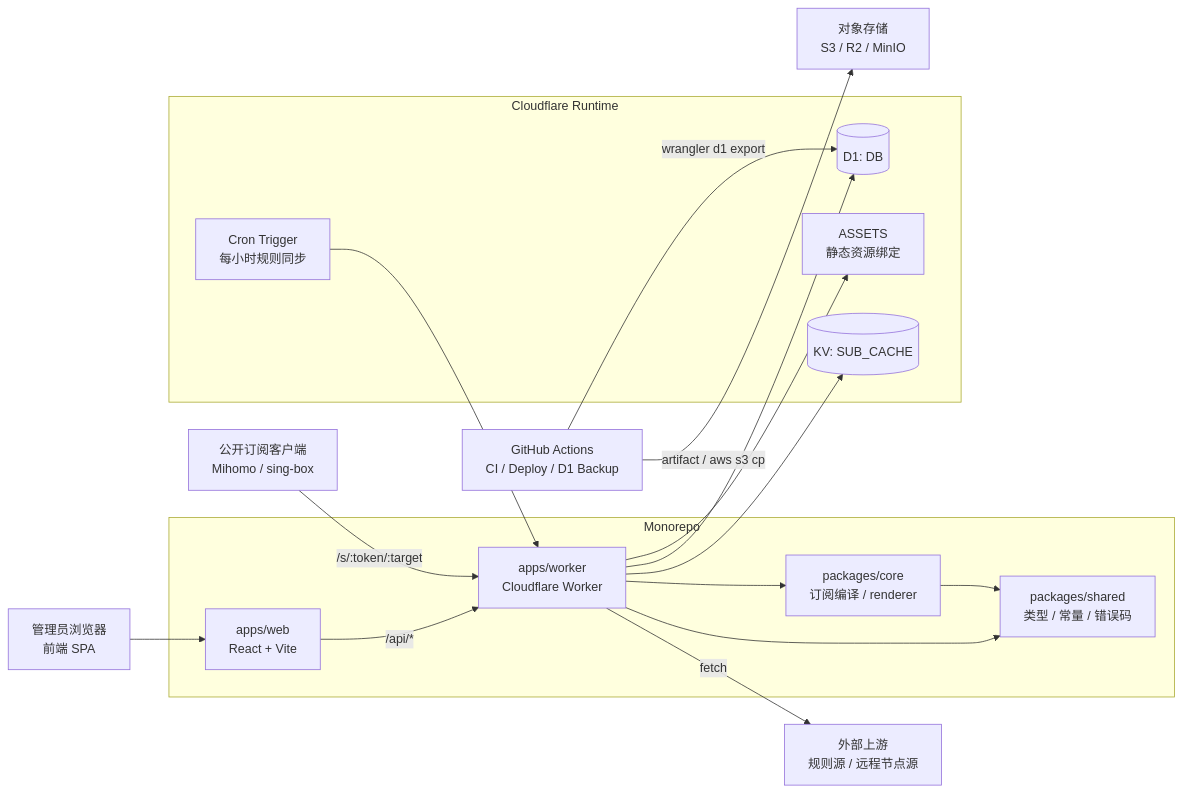
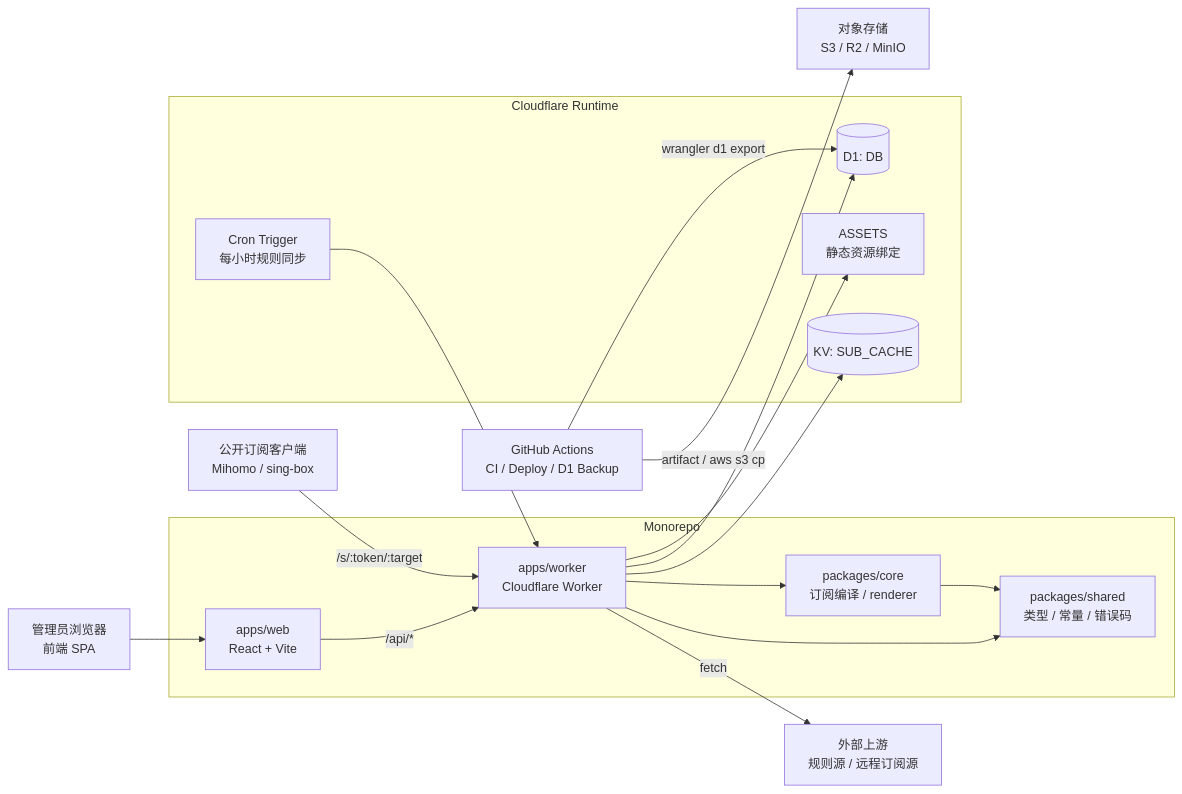
One commit to aliom-v/SubForge changed the first of 5 diagrams in docs/架构图与ER图.md. Above: the diagram before and after it, drawn with Mermaid. The commit also changed other lines of this file and 10 other files, not shown here.

````diff
--- a/docs/架构图与ER图.md
+++ b/docs/架构图与ER图.md
@@ -31,36 +31,36 @@
 ```mermaid
 flowchart LR
   Admin["管理员浏览器<br/>前端 SPA"]
   Subscriber["公开订阅客户端<br/>Mihomo / sing-box"]
   GHA["GitHub Actions<br/>CI / Deploy / D1 Backup"]
-  External["外部上游<br/>规则源 / 远程节点源"]
+  External["外部上游<br/>规则源 / 远程订阅源"]
   ObjectStorage["对象存储<br/>S3 / R2 / MinIO"]
 
   subgraph Repo[Monorepo]
     Web["apps/web<br/>React + Vite"]
     Worker["apps/worker<br/>Cloudflare Worker"]
     Core["packages/core<br/>订阅编译 / renderer"]
     Shared["packages/shared<br/>类型 / 常量 / 错误码"]
   end
 
   subgraph CF[Cloudflare Runtime]
     Assets["ASSETS<br/>静态资源绑定"]
     D1[(D1: DB)]
     KV[(KV: SUB_CACHE)]
     Cron["Cron Trigger<br/>每小时规则同步"]
   end
 
   Admin --> Web
   Web -->|/api/*| Worker
   Subscriber -->|/s/:token/:target| Worker
   Worker --> Assets
   Worker --> D1
   Worker --> KV
   Worker --> Core
   Worker --> Shared
   Core --> Shared
   Cron --> Worker
   Worker -->|fetch| External
   GHA -->|wrangler d1 export| D1
   GHA -->|artifact / aws s3 cp| ObjectStorage
 ```
````
